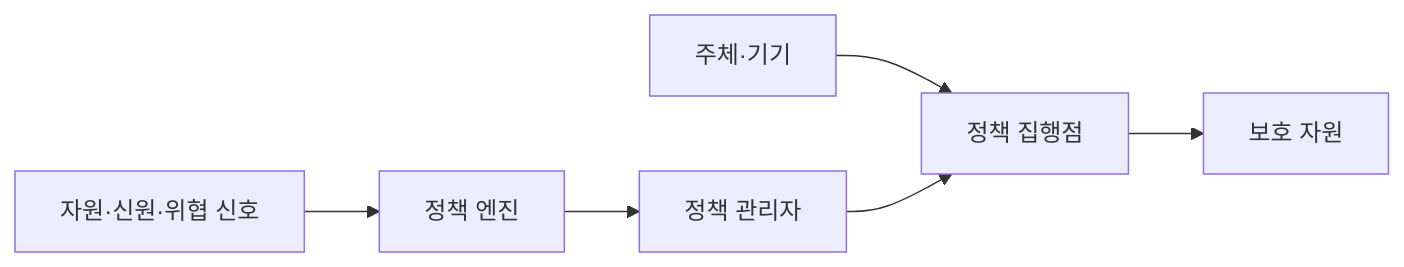
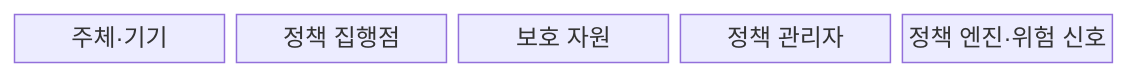
Before and after one commit to agnusdei1207/knowledge-base: the first of 2 diagrams in src/content/docs/notes/05-security/063_zero_trust.md, drawn with Mermaid. The commit also changed other lines of this file and 5 other files, not shown here.

````diff
--- a/src/content/docs/notes/05-security/063_zero_trust.md
+++ b/src/content/docs/notes/05-security/063_zero_trust.md
@@ -58,8 +60,9 @@
 ```mermaid
-flowchart LR
-    A[주체·기기] --> B[정책 집행점]
-    B --> C[보호 자원]
-    D[정책 관리자] --> B
-    E[정책 엔진] --> D
-    F[자원·신원·위협 신호] --> E
+block-beta
+  columns 5
+  A["주체·기기"]
+  B["정책 집행점"]
+  C["보호 자원"]
+  D["정책 관리자"]
+  E["정책 엔진·위험 신호"]
 ```
````
